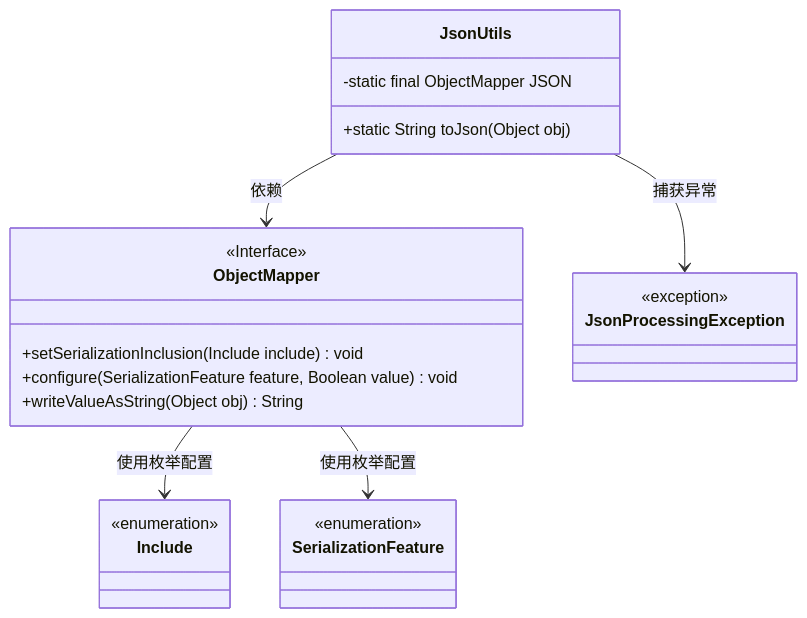
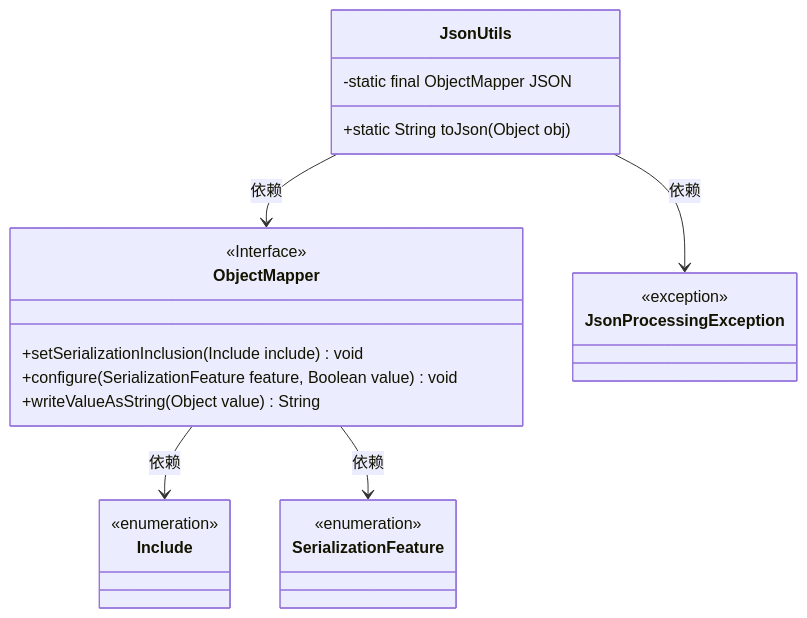
Before and after one commit to v-wjrong/binary_weixin-java-miniapp-demo: the first of 2 diagrams in docs/zh/docs/src/main/java/com/github/binarywang/demo/wx/miniapp/utils/JsonUtils.md, drawn with Mermaid. The commit also changed other lines of this file and 47 other files, not shown here.

````diff
--- a/docs/zh/docs/src/main/java/com/github/binarywang/demo/wx/miniapp/utils/JsonUtils.md
+++ b/docs/zh/docs/src/main/java/com/github/binarywang/demo/wx/miniapp/utils/JsonUtils.md
@@ -36,31 +36,31 @@
 ```mermaid
 classDiagram
     class JsonUtils {
         -static final ObjectMapper JSON
         +static String toJson(Object obj)
     }
 
     class ObjectMapper {
         <<Interface>>
         +setSerializationInclusion(Include include) void
         +configure(SerializationFeature feature, Boolean value) void
-        +writeValueAsString(Object obj) String
+        +writeValueAsString(Object value) String
     }
 
     class Include {
         <<enumeration>>
     }
 
     class SerializationFeature {
         <<enumeration>>
     }
 
     class JsonProcessingException {
         <<exception>>
     }
 
     JsonUtils --> ObjectMapper : 依赖
-    JsonUtils --> JsonProcessingException : 捕获异常
-    ObjectMapper --> Include : 使用枚举配置
-    ObjectMapper --> SerializationFeature : 使用枚举配置
+    JsonUtils --> JsonProcessingException : 依赖
+    ObjectMapper --> Include : 依赖
+    ObjectMapper --> SerializationFeature : 依赖
 ```
````
